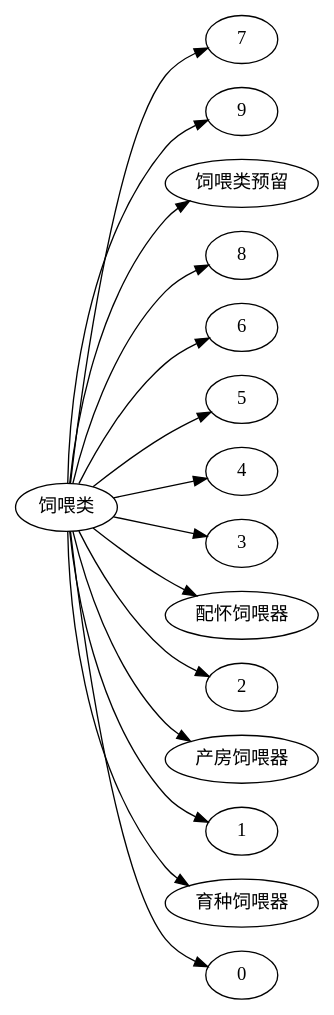
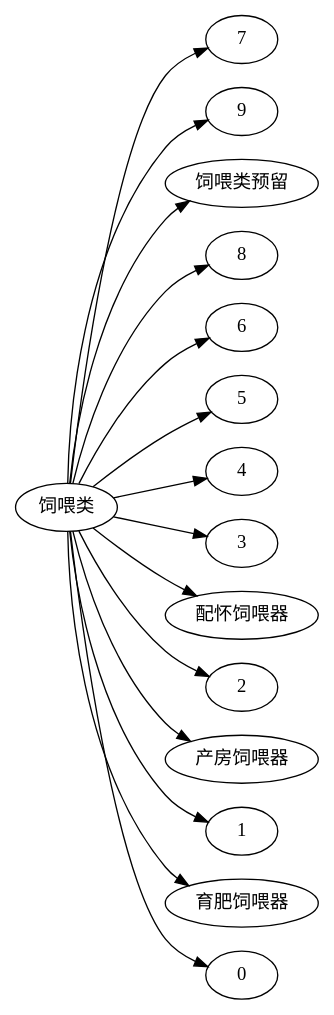
Before and after one commit to cruiurc/cruiurc.github.io: the third of 7 diagrams in source/work/sj/topic/产品编码规则-20221031.rst, drawn with Graphviz. The commit also changed other lines of this file and 2 other files, not shown here.

```diff
--- a/source/work/sj/topic/产品编码规则-20221031.rst
+++ b/source/work/sj/topic/产品编码规则-20221031.rst
@@ -29,6 +32,6 @@
 .. graphviz:: 
  
     digraph {
     rankdir=LR
-    7饲喂类->{9饲喂类预留,8饲喂类预留,7饲喂类预留,6饲喂类预留,5饲喂类预留,4饲喂类预留,3配怀饲喂器,2产房饲喂器,1育种饲喂器,0饲喂类预留}
+    7饲喂类->{9饲喂类预留,8饲喂类预留,7饲喂类预留,6饲喂类预留,5饲喂类预留,4饲喂类预留,3配怀饲喂器,2产房饲喂器,1育肥饲喂器,0饲喂类预留}
     }
```
